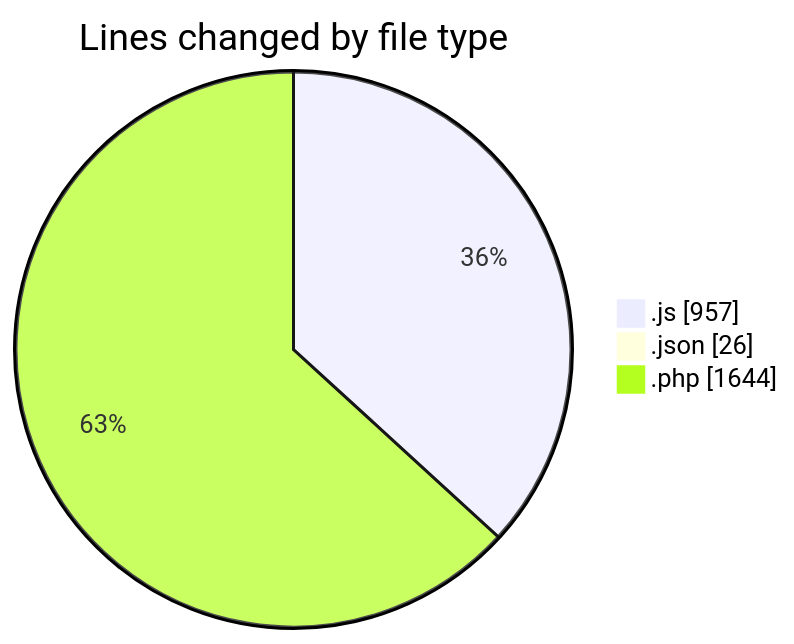
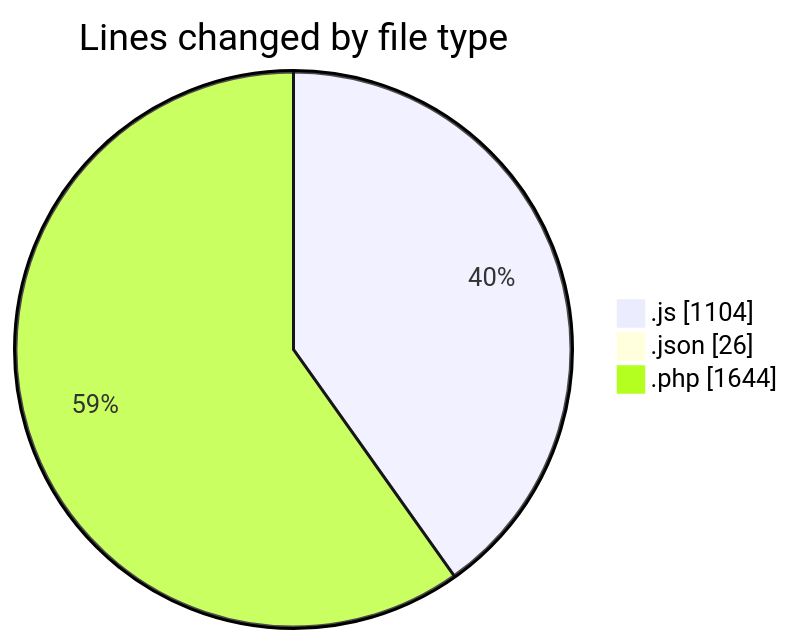
Before and after one commit to debugP/code-tracking: the first of 2 diagrams in 2025-10-01/untitled__workspace_/README.md, drawn with Mermaid. The commit also changed other lines of this file and 1 other file, not shown here.

````diff
--- a/2025-10-01/untitled__workspace_/README.md
+++ b/2025-10-01/untitled__workspace_/README.md
@@ -26,7 +27,7 @@
 ```mermaid
 pie showData
 title Lines changed by file type
-".js" : 957
+".js" : 1104
 ".json" : 26
 ".php" : 1644
 ```
````
